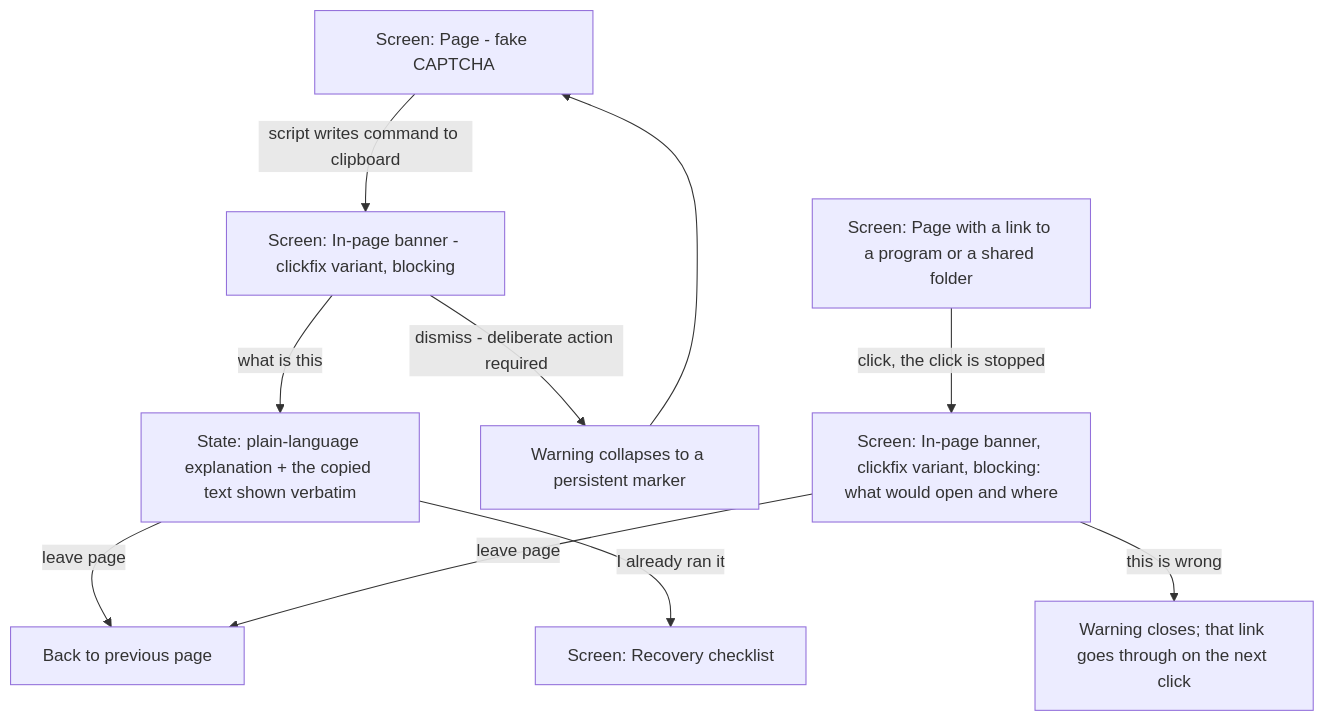
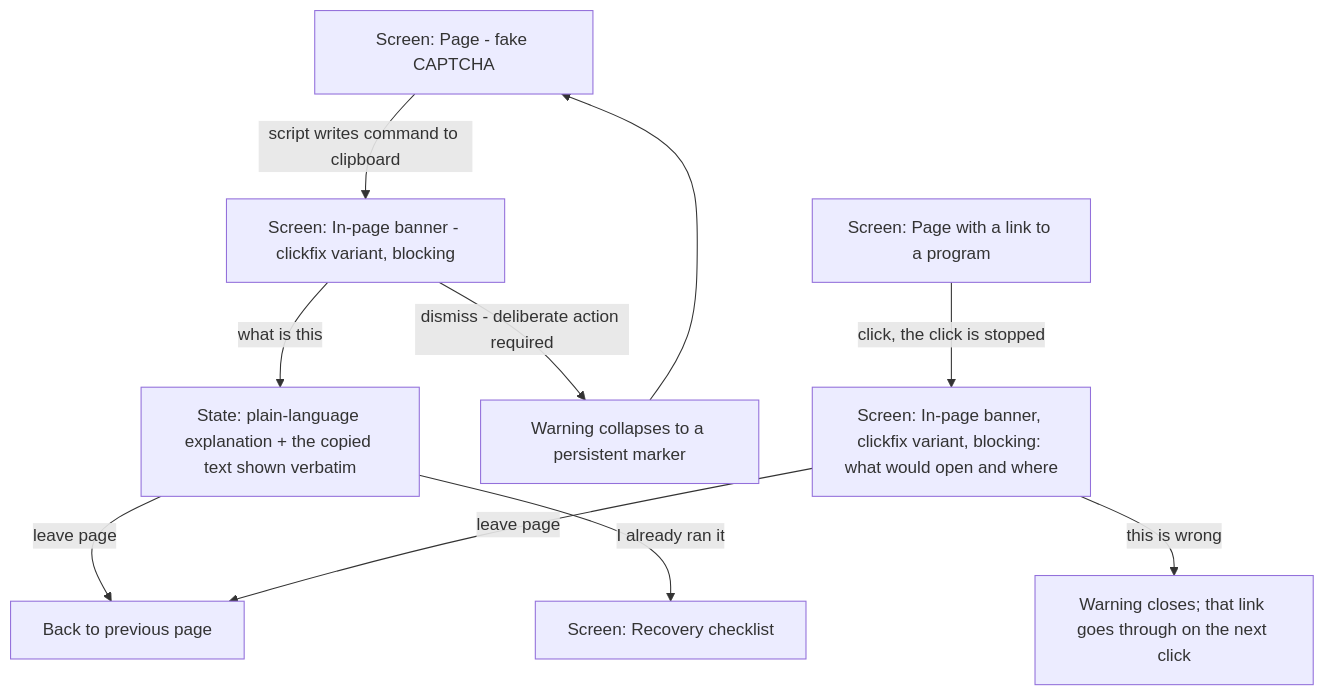
Before and after one commit to passioncode-ai/okolos: the sixth of 23 diagrams in docs/ux/flows.md, drawn with Mermaid. The commit also changed other lines of this file and 10 other files, not shown here.

First line of the commit message:
fix(traps): drop the shared-folder link warning, name every Office handler, word it true on every system; B-165

````diff
--- a/docs/ux/flows.md
+++ b/docs/ux/flows.md
@@ -171,12 +171,12 @@
 ```mermaid
 flowchart TD
   A[Screen: Page - fake CAPTCHA] -->|script writes command to clipboard| B[Screen: In-page banner - clickfix variant, blocking]
   B -->|what is this| C[State: plain-language explanation + the copied text shown verbatim]
   C -->|leave page| D[Back to previous page]
   C -->|I already ran it| E[Screen: Recovery checklist]
   B -->|dismiss - deliberate action required| F[Warning collapses to a persistent marker]
   F --> A
-  G[Screen: Page with a link to a program or a shared folder] -->|click, the click is stopped| H[Screen: In-page banner, clickfix variant, blocking: what would open and where]
+  G[Screen: Page with a link to a program] -->|click, the click is stopped| H[Screen: In-page banner, clickfix variant, blocking: what would open and where]
   H -->|leave page| D
   H -->|this is wrong| I[Warning closes; that link goes through on the next click]
 ```
````
